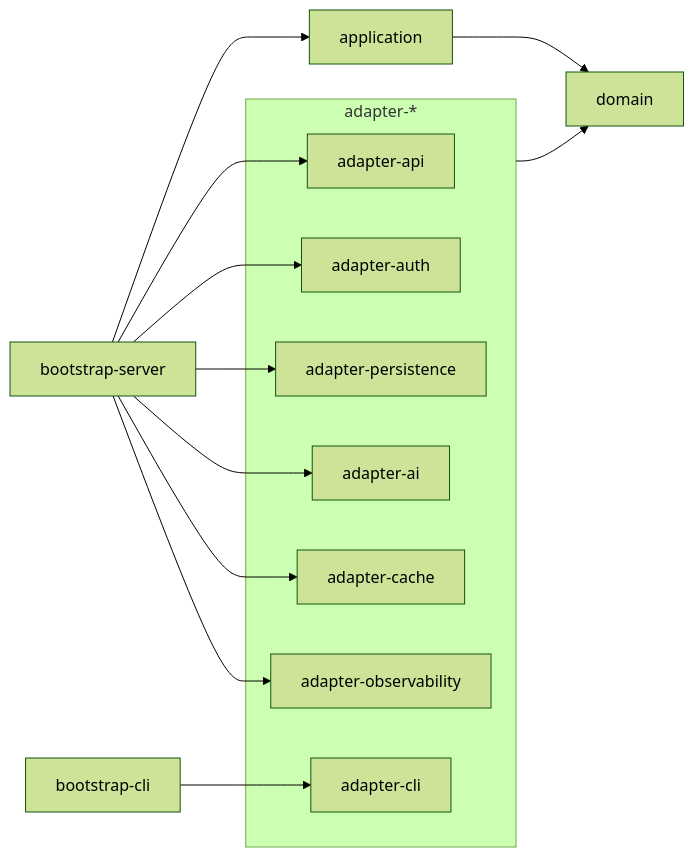
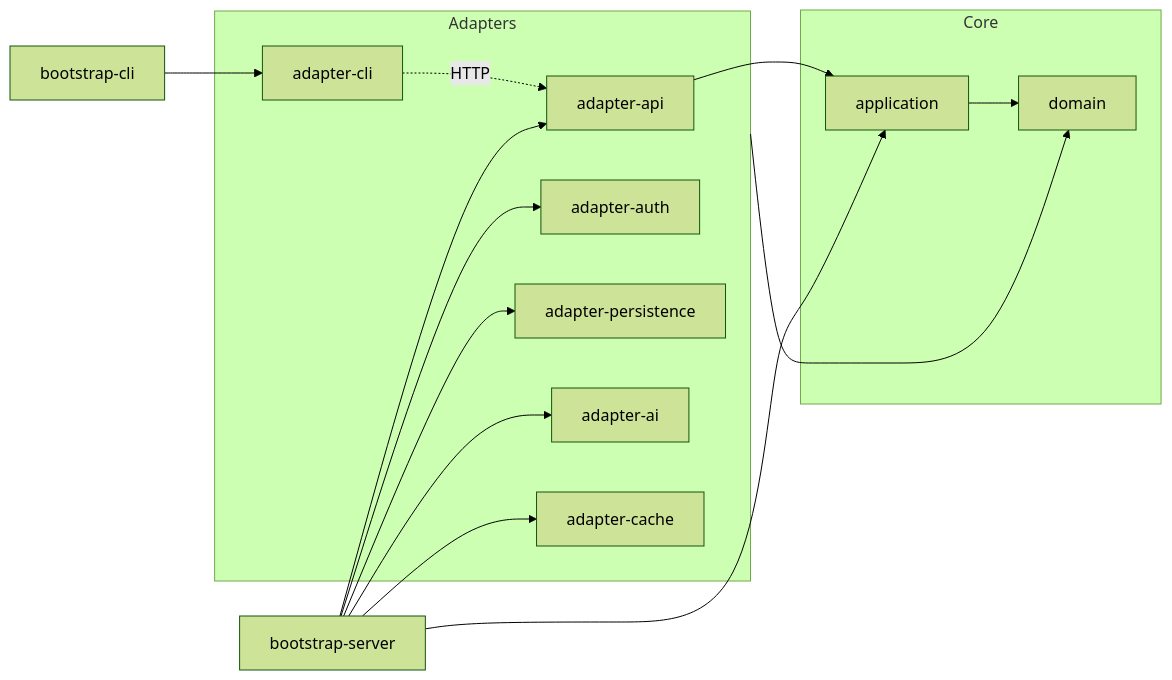
One commit to JuanPabloJimenezEsclusa/alexandra-job-tracker changed the first of 3 diagrams in README.md. Above: the diagram before and after it, drawn with Mermaid (forest theme). The commit also changed other lines of this file and 155 other files, not shown here.

````diff
--- a/README.md
+++ b/README.md
@@ -62,16 +95,23 @@
 ```mermaid
 flowchart LR
-    subgraph adapters [adapter-*]
-      adapter-api
-      adapter-auth
-      adapter-persistence
-      adapter-ai
-      adapter-cache
-      adapter-observability
-      adapter-cli
+    subgraph core [Core]
+        domain
+        application
     end
+
+    subgraph adapters [Adapters]
+        adapter-api
+        adapter-auth
+        adapter-persistence
+        adapter-ai
+        adapter-cache
+        adapter-cli
+    end
+
     application --> domain
     adapters --> domain
-    bootstrap-server --> adapter-api & application & adapter-persistence & adapter-ai & adapter-cache & adapter-auth & adapter-observability
+    adapter-api --> application
+    adapter-cli -.-> |HTTP| adapter-api
+    bootstrap-server --> adapter-api & application & adapter-persistence & adapter-ai & adapter-cache & adapter-auth
     bootstrap-cli --> adapter-cli
 ```
````
